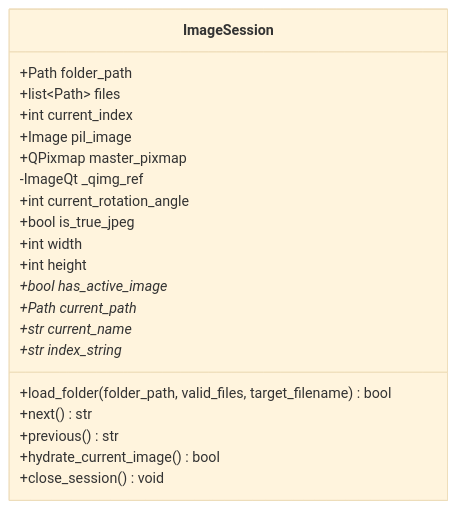
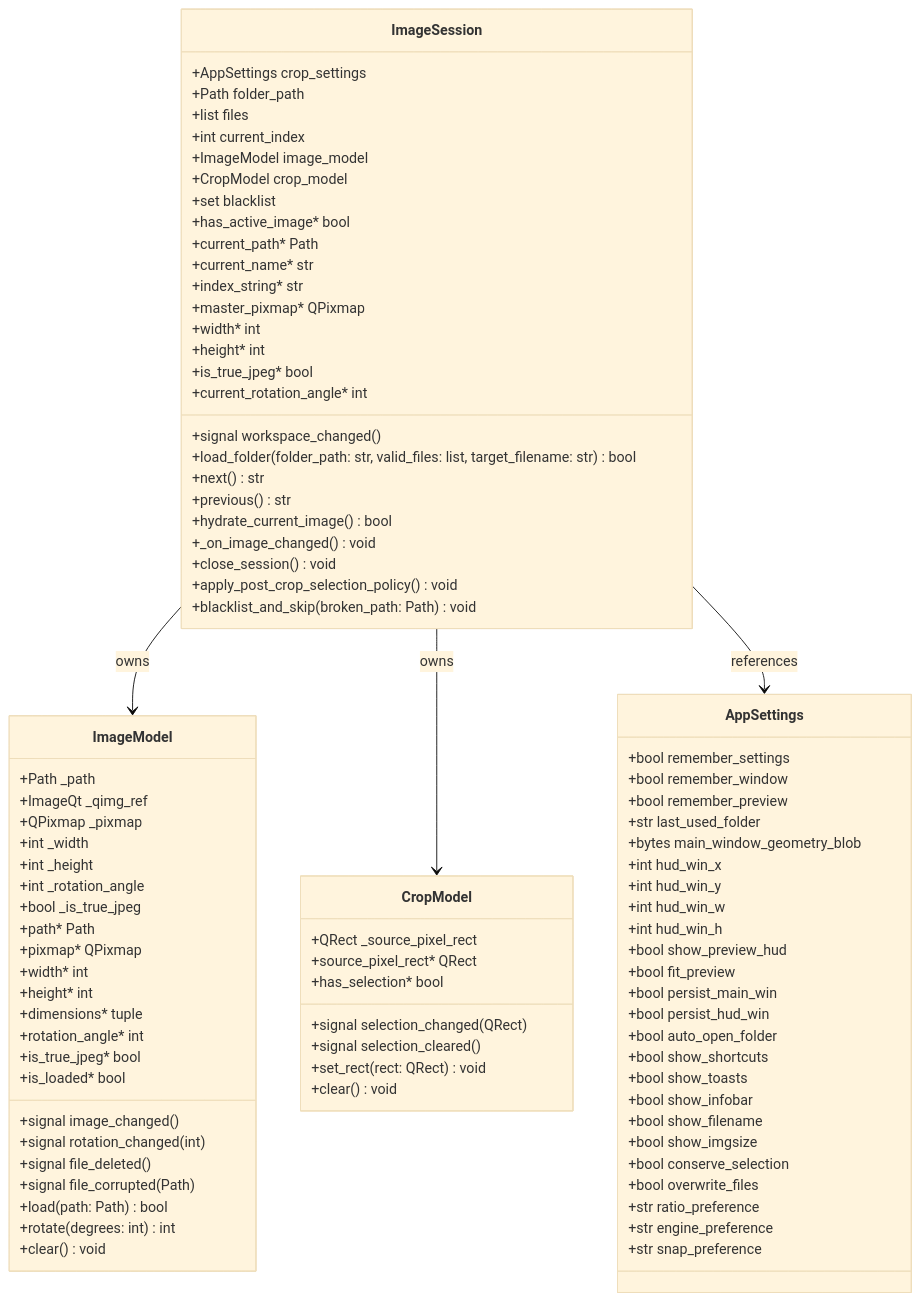
The diagram in docs/model.md (alejandronbachi/lossless-crop), drawn with Mermaid (base theme) before and after one commit. The commit also changed 2 other files, not shown here.

Commit message:
updated models, moved old docs

````diff
--- a/docs/model.md
+++ b/docs/model.md
@@ -1,28 +1,96 @@
 ```mermaid
 classDiagram
+    class AppSettings {
+        +bool remember_settings
+        +bool remember_window
+        +bool remember_preview
+        +str last_used_folder
+        +bytes main_window_geometry_blob
+        +int hud_win_x
+        +int hud_win_y
+        +int hud_win_w
+        +int hud_win_h
+        +bool show_preview_hud
+        +bool fit_preview
+        +bool persist_main_win
+        +bool persist_hud_win
+        +bool auto_open_folder
+        +bool show_shortcuts
+        +bool show_toasts
+        +bool show_infobar
+        +bool show_filename
+        +bool show_imgsize
+        +bool conserve_selection
+        +bool overwrite_files
+        +str ratio_preference
+        +str engine_preference
+        +str snap_preference
+    }
 
+    class ImageModel {
+        +Path _path
+        +ImageQt _qimg_ref
+        +QPixmap _pixmap
+        +int _width
+        +int _height
+        +int _rotation_angle
+        +bool _is_true_jpeg
+        +signal image_changed()
+        +signal rotation_changed(int)
+        +signal file_deleted()
+        +signal file_corrupted(Path)
+        +path* Path
+        +pixmap* QPixmap
+        +width* int
+        +height* int
+        +dimensions* tuple
+        +rotation_angle* int
+        +is_true_jpeg* bool
+        +is_loaded* bool
+        +load(path: Path) bool
+        +rotate(degrees: int) int
+        +clear() void
+    }
+
+    class CropModel {
+        +QRect _source_pixel_rect
+        +signal selection_changed(QRect)
+        +signal selection_cleared()
+        +source_pixel_rect* QRect
+        +has_selection* bool
+        +set_rect(rect: QRect) void
+        +clear() void
+    }
 
     class ImageSession {
+        +AppSettings crop_settings
         +Path folder_path
-        +list~Path~ files
+        +list files
         +int current_index
-        +Image pil_image
-        +QPixmap master_pixmap
-        -ImageQt _qimg_ref
-        +int current_rotation_angle
-        +bool is_true_jpeg
-        +int width
-        +int height
-        +bool has_active_image*
-        +Path current_path*
-        +str current_name*
-        +str index_string*
-        +load_folder(folder_path, valid_files, target_filename) bool
+        +ImageModel image_model
+        +CropModel crop_model
+        +set blacklist
+        +signal workspace_changed()
+        +load_folder(folder_path: str, valid_files: list, target_filename: str) bool
         +next() str
         +previous() str
         +hydrate_current_image() bool
+        +_on_image_changed() void
         +close_session() void
+        +apply_post_crop_selection_policy() void
+        +blacklist_and_skip(broken_path: Path) void
+        +has_active_image* bool
+        +current_path* Path
+        +current_name* str
+        +index_string* str
+        +master_pixmap* QPixmap
+        +width* int
+        +height* int
+        +is_true_jpeg* bool
+        +current_rotation_angle* int
     }
 
- 
+    ImageSession --> ImageModel : owns
+    ImageSession --> CropModel : owns
+    ImageSession --> AppSettings : references
 ```
````
